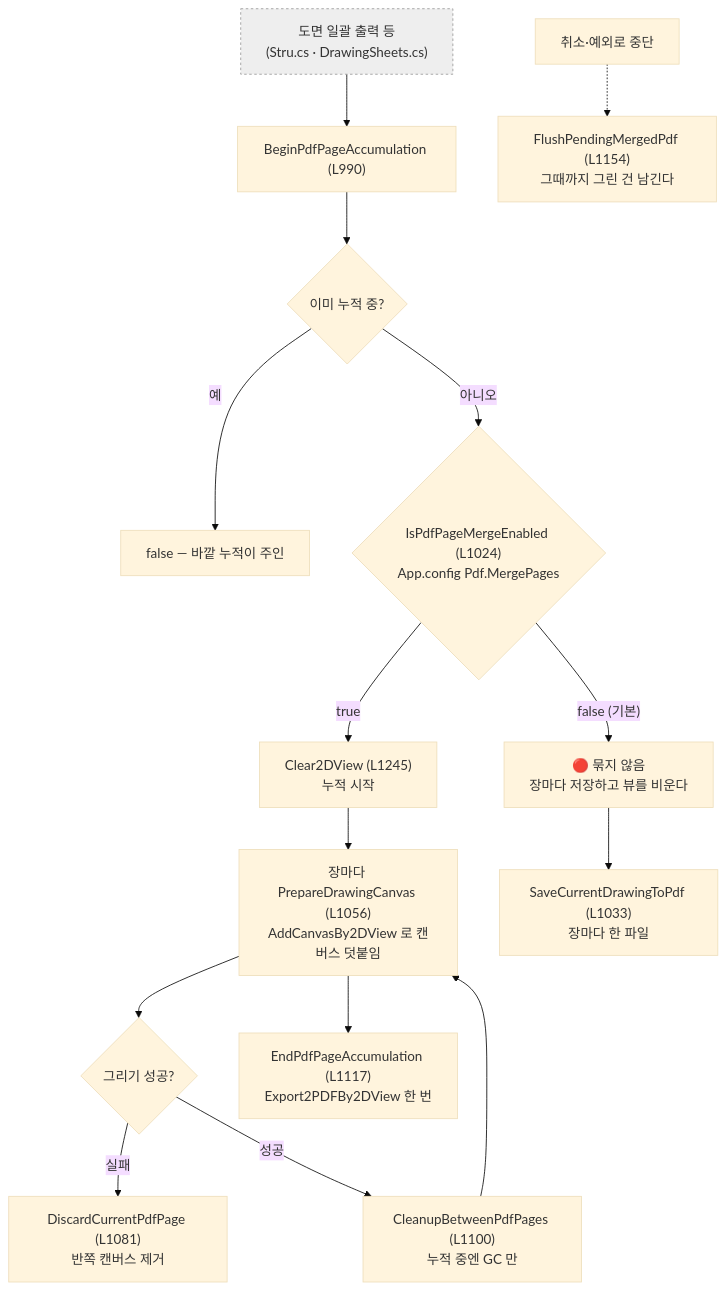
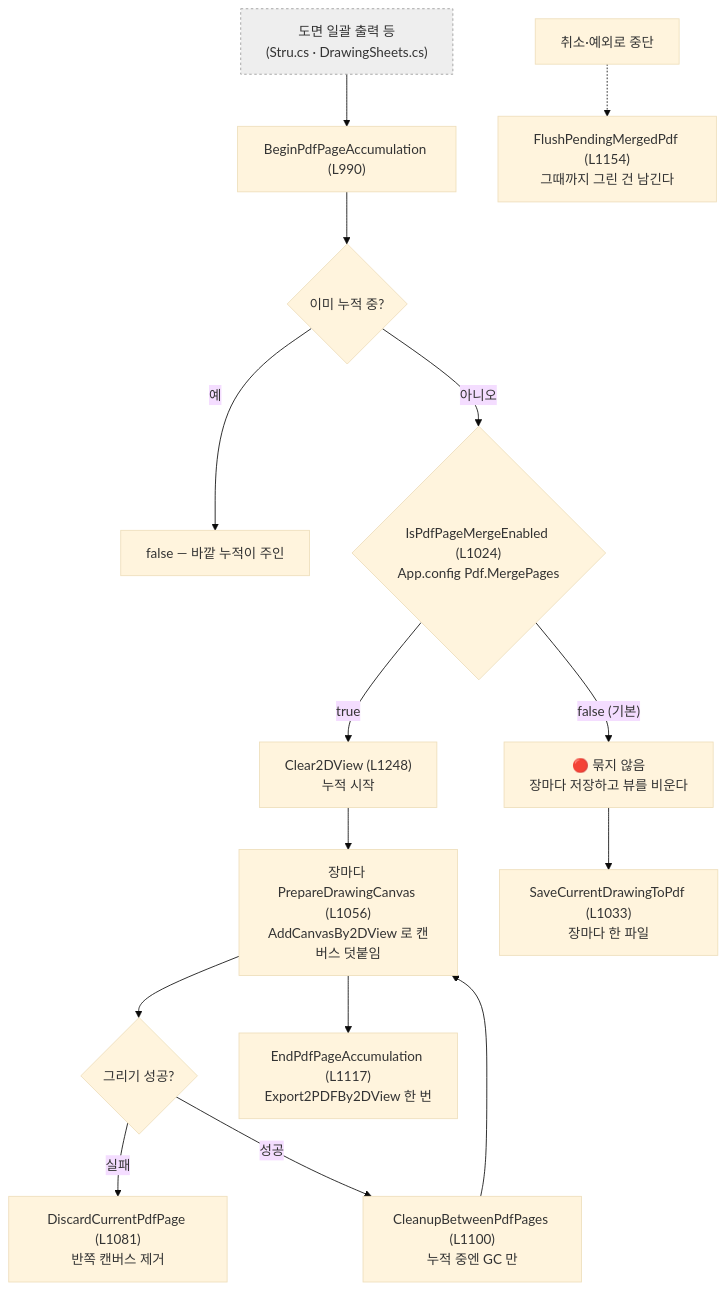
One commit to uuuuj/a2z changed the second of 2 diagrams in docs/코드분석/파일별/Form1.Drawing2D.md. Above: the diagram before and after it, drawn with Mermaid (base theme). The commit also changed other lines of this file and 13 other files, not shown here.

````diff
--- a/docs/코드분석/파일별/Form1.Drawing2D.md
+++ b/docs/코드분석/파일별/Form1.Drawing2D.md
@@ -80,18 +80,18 @@
 ```mermaid
 flowchart TD
     A["도면 일괄 출력 등<br/>(Stru.cs · DrawingSheets.cs)"]:::other --> B["BeginPdfPageAccumulation (L990)"]
     B --> C{"이미 누적 중?"}
     C -- 예 --> D["false — 바깥 누적이 주인"]
     C -- 아니오 --> E{"IsPdfPageMergeEnabled (L1024)<br/>App.config Pdf.MergePages"}
     E -- "false (기본)" --> F["🔴 묶지 않음<br/>장마다 저장하고 뷰를 비운다"]
-    E -- true --> G["Clear2DView (L1245)<br/>누적 시작"]
+    E -- true --> G["Clear2DView (L1248)<br/>누적 시작"]
     G --> H["장마다 PrepareDrawingCanvas (L1056)<br/>AddCanvasBy2DView 로 캔버스 덧붙임"]
     H --> I{"그리기 성공?"}
     I -- 실패 --> J["DiscardCurrentPdfPage (L1081)<br/>반쪽 캔버스 제거"]
     I -- 성공 --> K["CleanupBetweenPdfPages (L1100)<br/>누적 중엔 GC 만"]
     K --> H
     H --> L["EndPdfPageAccumulation (L1117)<br/>Export2PDFBy2DView 한 번"]
     F --> M["SaveCurrentDrawingToPdf (L1033)<br/>장마다 한 파일"]
     N["취소·예외로 중단"] -.-> O["FlushPendingMergedPdf (L1154)<br/>그때까지 그린 건 남긴다"]
     classDef other fill:#eee,stroke:#999,stroke-dasharray:3
 ```
````
